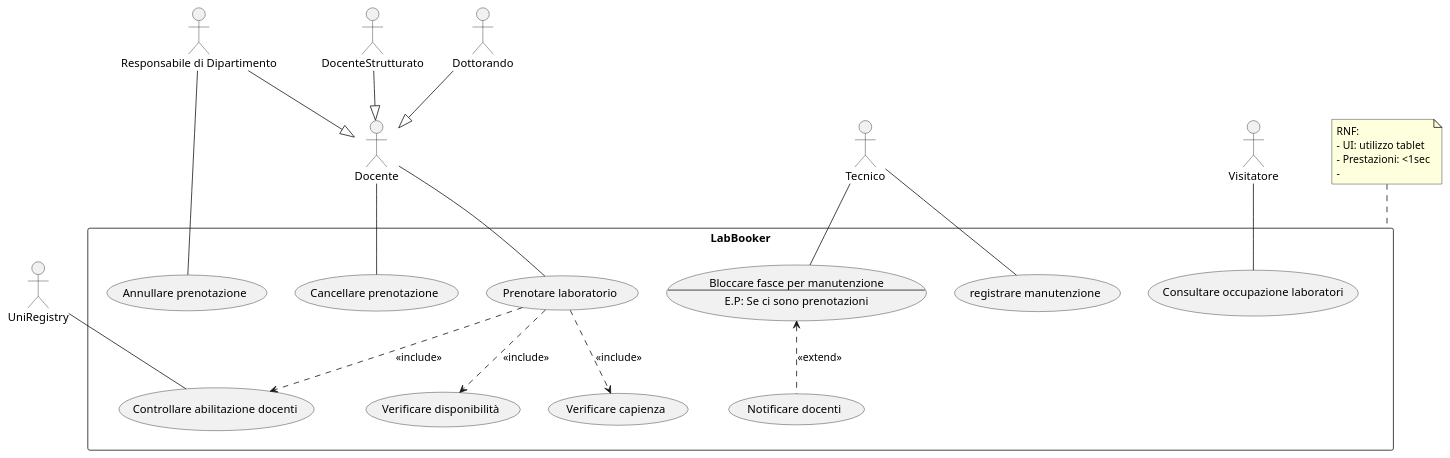
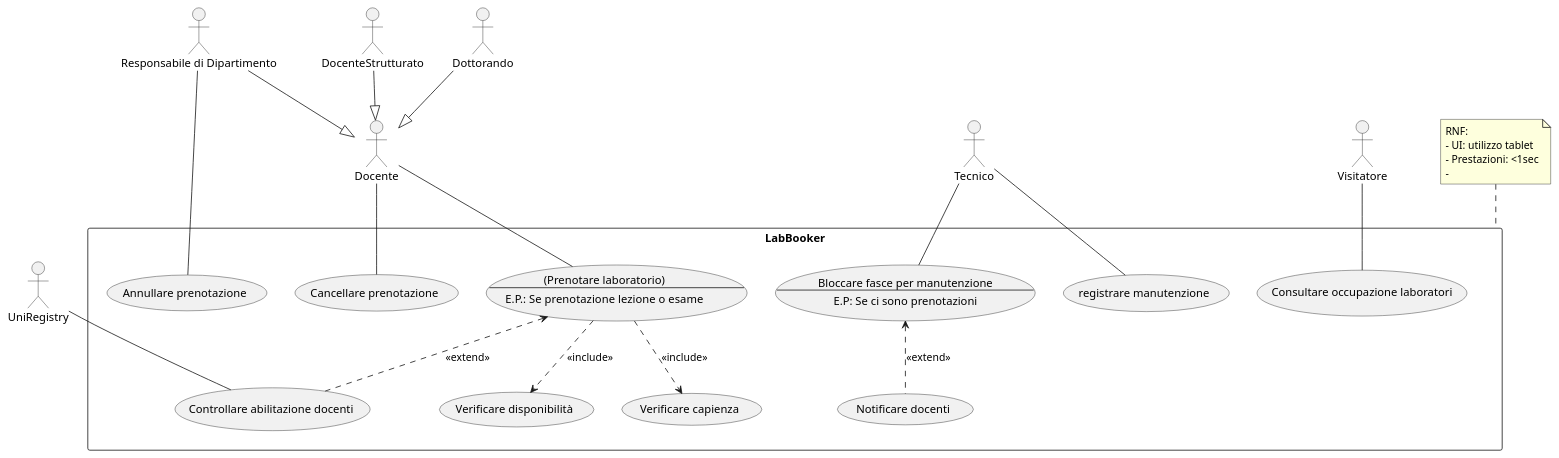
One commit to itsNikk/2526-4AI changed the diagram in src/src/UMLExercises/UCDs/verSW9012026/LabBooker.puml. Above: the diagram before and after it, drawn with PlantUML.

```diff
--- a/src/src/UMLExercises/UCDs/verSW9012026/LabBooker.puml
+++ b/src/src/UMLExercises/UCDs/verSW9012026/LabBooker.puml
@@ -1,55 +1,58 @@
 @startuml
 :Docente: as doc
 :DocenteStrutturato: as docS
 :Dottorando: as phd
 :Responsabile di Dipartimento: as respDip
 :Tecnico: as tech
 
 :Visitatore: as visit
 
 :UniRegistry: as uReg
 
 rectangle LabBooker {
-    (Prenotare laboratorio) as pren
+    usecase pren as "
+    (Prenotare laboratorio)
+    --
+    E.P.: Se prenotazione lezione o esame"
     (Verificare disponibilità) as checkDisp
     (Verificare capienza) as checkCap
     (Cancellare prenotazione) as cancPren
     (Controllare abilitazione docenti) as checkAbiDoc
     (Annullare prenotazione) as anPren
     (registrare manutenzione) as regMan
     (Notificare docenti) as notDoc
 
     (Consultare occupazione laboratori) as visonLab
 
     usecase lock as "
     Bloccare fasce per manutenzione
     --
     E.P: Se ci sono prenotazioni
     "
 }
 
 docS --|> doc
 phd --|> doc
 respDip --|> doc
 
 doc -- pren
 doc -- cancPren
 pren ..> checkCap : <<include>>
 pren ..> checkDisp : <<include>>
-pren ..> checkAbiDoc : <<include>>
+pren <.. checkAbiDoc : <<extend>>
 lock <.. notDoc : <<extend>>
 tech -- lock
 tech -- regMan
 
 uReg -- checkAbiDoc
 respDip -- anPren
 
 visit -- visonLab
 
 note top of LabBooker
     RNF:
     - UI: utilizzo tablet
     - Prestazioni: <1sec
     -
 end note
 @enduml
```
